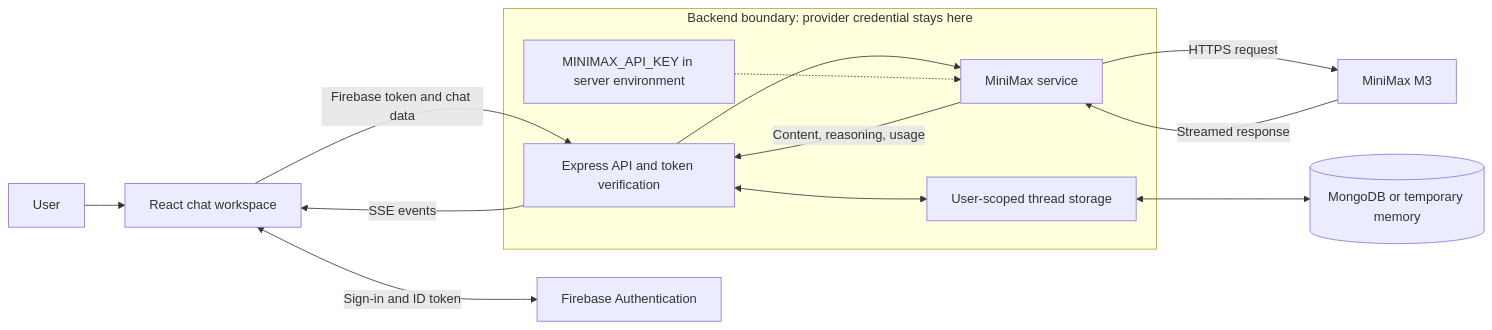
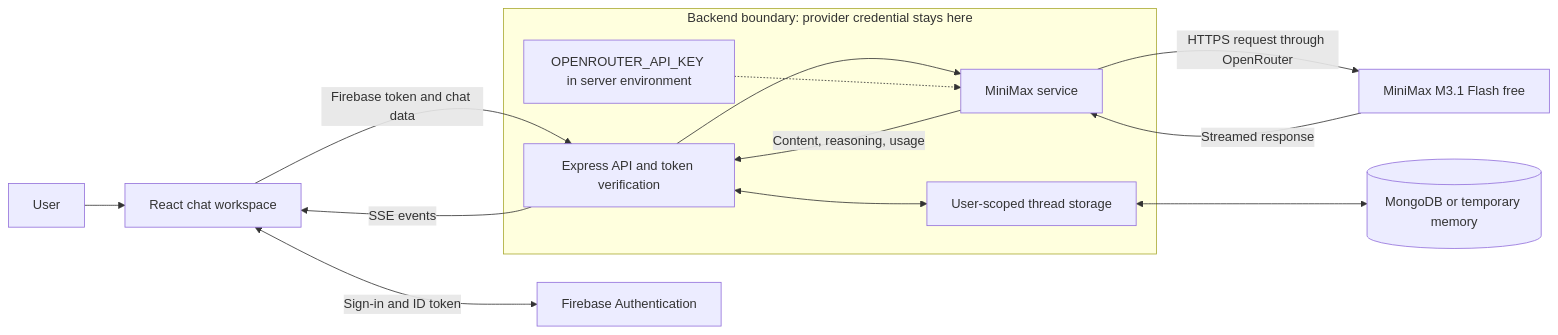
The diagram in README.md (PrabhakarG001/IntellixAI), drawn with Mermaid before and after one commit. The commit also changed other lines of this file and 9 other files, not shown here.

````diff
--- a/README.md
+++ b/README.md
@@ -62,16 +62,16 @@
 ```mermaid
 flowchart LR
     U[User] --> R[React chat workspace]
     R <-->|Sign-in and ID token| F[Firebase Authentication]
     subgraph B[Backend boundary: provider credential stays here]
         E[Express API and token verification] --> S[MiniMax service]
-        K[MINIMAX_API_KEY in server environment] -.-> S
+        K[OPENROUTER_API_KEY in server environment] -.-> S
         E <--> T[User-scoped thread storage]
     end
     R -->|Firebase token and chat data| E
-    S -->|HTTPS request| M[MiniMax M3]
+    S -->|HTTPS request through OpenRouter| M[MiniMax M3.1 Flash free]
     M -->|Streamed response| S
     S -->|Content, reasoning, usage| E
     E -->|SSE events| R
     T <--> D[(MongoDB or temporary memory)]
 ```
````
